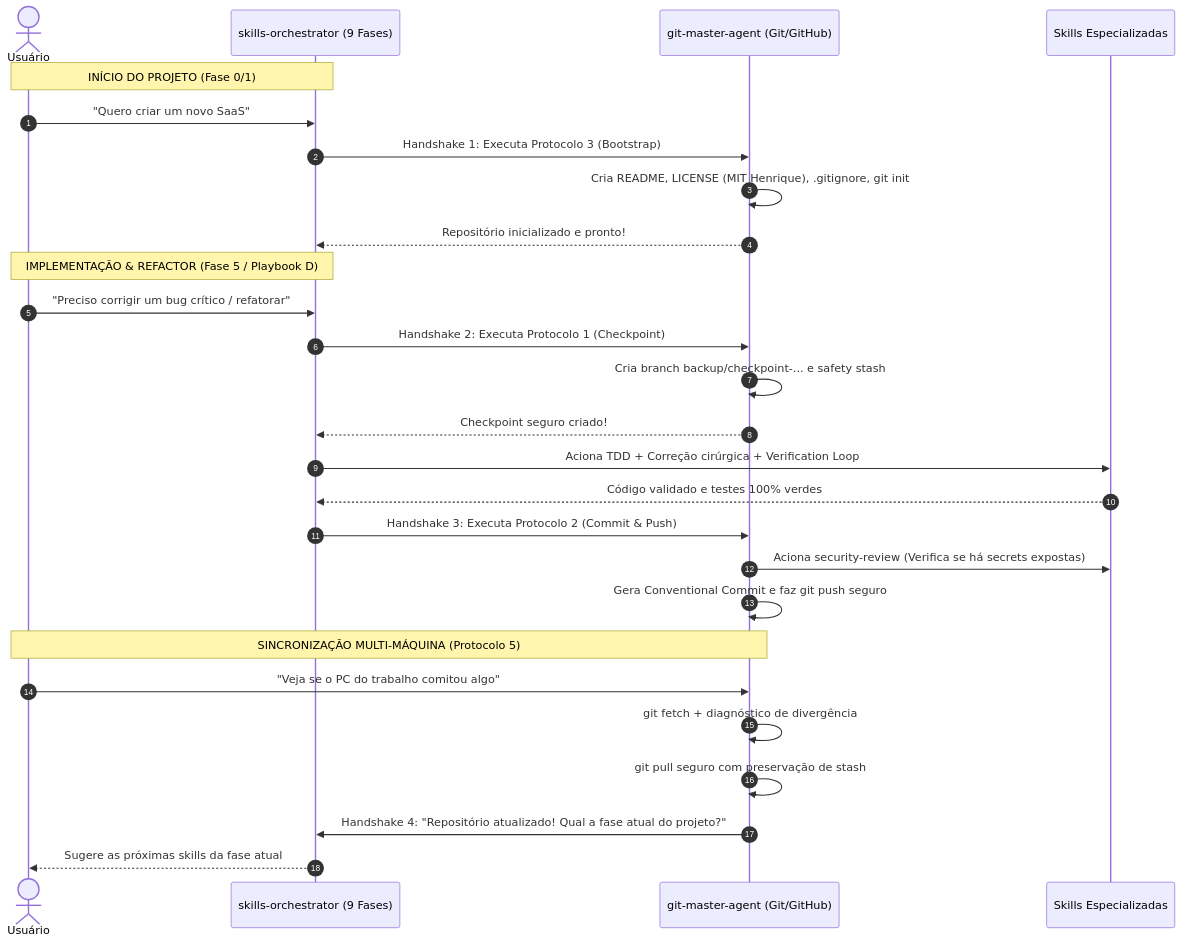
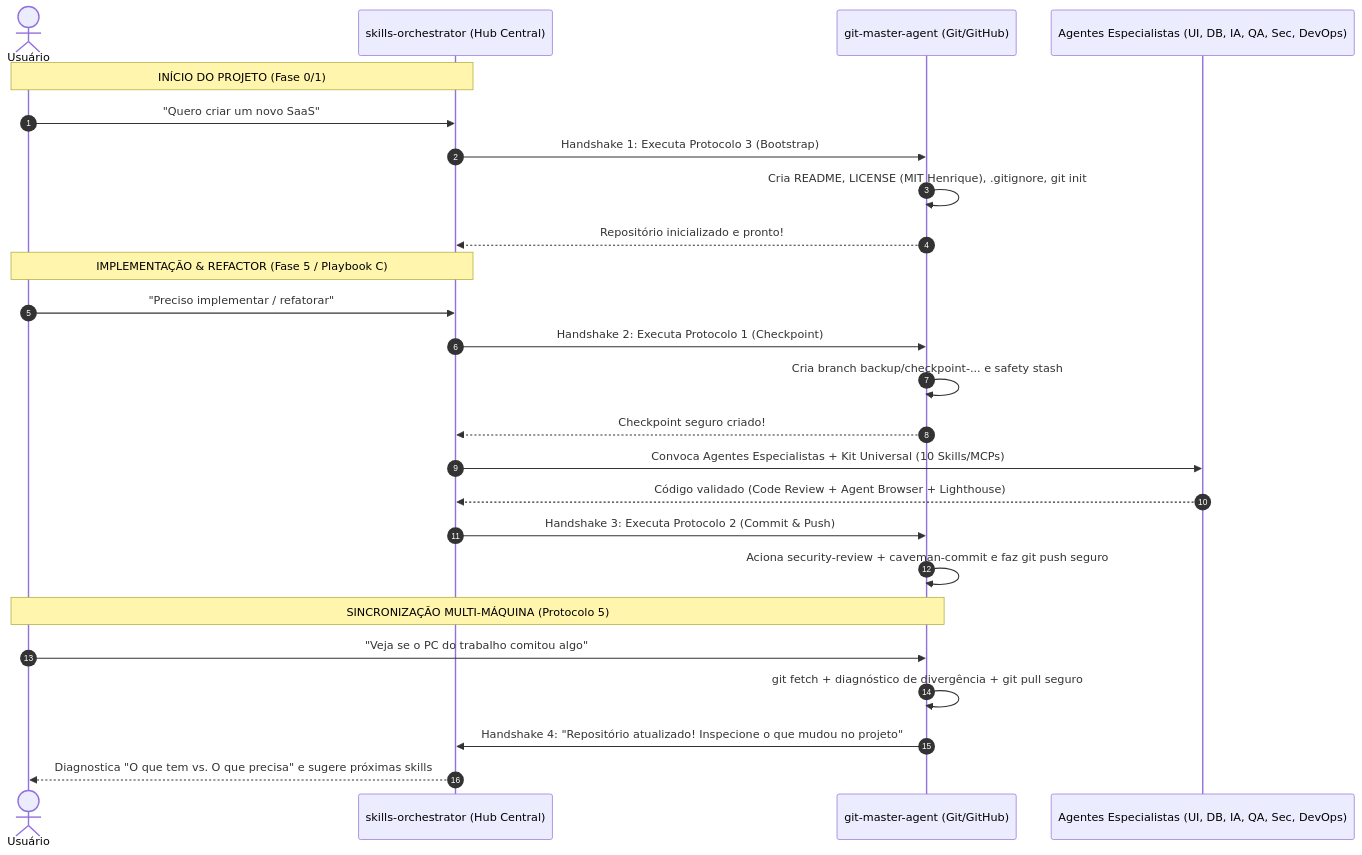
Before and after one commit to Henrique1601/SkiilsToIAs: the diagram in custom-agents/git-master-agent.md, drawn with Mermaid. The commit also changed other lines of this file and 25 other files, not shown here.

Commit message:
feat(agents): interconnect all 12 agents in full-mesh with dynamic project inspection and 10 universal core skills/MCPs

````diff
--- a/custom-agents/git-master-agent.md
+++ b/custom-agents/git-master-agent.md
@@ -279,32 +282,30 @@
 ```mermaid
 sequenceDiagram
     autonumber
     actor Dev as Usuário
-    participant Orch as skills-orchestrator (9 Fases)
+    participant Orch as skills-orchestrator (Hub Central)
     participant GitMaster as git-master-agent (Git/GitHub)
-    participant Skills as Skills Especializadas
+    participant Agents as Agentes Especialistas (UI, DB, IA, QA, Sec, DevOps)
 
     Note over Orch,Dev: INÍCIO DO PROJETO (Fase 0/1)
     Dev->>Orch: "Quero criar um novo SaaS"
     Orch->>GitMaster: Handshake 1: Executa Protocolo 3 (Bootstrap)
     GitMaster->>GitMaster: Cria README, LICENSE (MIT Henrique), .gitignore, git init
     GitMaster-->>Orch: Repositório inicializado e pronto!
 
-    Note over Orch,Dev: IMPLEMENTAÇÃO & REFACTOR (Fase 5 / Playbook D)
-    Dev->>Orch: "Preciso corrigir um bug crítico / refatorar"
+    Note over Orch,Dev: IMPLEMENTAÇÃO & REFACTOR (Fase 5 / Playbook C)
+    Dev->>Orch: "Preciso implementar / refatorar"
     Orch->>GitMaster: Handshake 2: Executa Protocolo 1 (Checkpoint)
     GitMaster->>GitMaster: Cria branch backup/checkpoint-... e safety stash
     GitMaster-->>Orch: Checkpoint seguro criado!
-    Orch->>Skills: Aciona TDD + Correção cirúrgica + Verification Loop
-    Skills-->>Orch: Código validado e testes 100% verdes
+    Orch->>Agents: Convoca Agentes Especialistas + Kit Universal (10 Skills/MCPs)
+    Agents-->>Orch: Código validado (Code Review + Agent Browser + Lighthouse)
     Orch->>GitMaster: Handshake 3: Executa Protocolo 2 (Commit & Push)
-    GitMaster->>Skills: Aciona security-review (Verifica se há secrets expostas)
-    GitMaster->>GitMaster: Gera Conventional Commit e faz git push seguro
+    GitMaster->>GitMaster: Aciona security-review + caveman-commit e faz git push seguro
 
     Note over GitMaster,Dev: SINCRONIZAÇÃO MULTI-MÁQUINA (Protocolo 5)
     Dev->>GitMaster: "Veja se o PC do trabalho comitou algo"
-    GitMaster->>GitMaster: git fetch + diagnóstico de divergência
-    GitMaster->>GitMaster: git pull seguro com preservação de stash
-    GitMaster->>Orch: Handshake 4: "Repositório atualizado! Qual a fase atual do projeto?"
-    Orch-->>Dev: Sugere as próximas skills da fase atual
+    GitMaster->>GitMaster: git fetch + diagnóstico de divergência + git pull seguro
+    GitMaster->>Orch: Handshake 4: "Repositório atualizado! Inspecione o que mudou no projeto"
+    Orch-->>Dev: Diagnostica "O que tem vs. O que precisa" e sugere próximas skills
 ```
````
